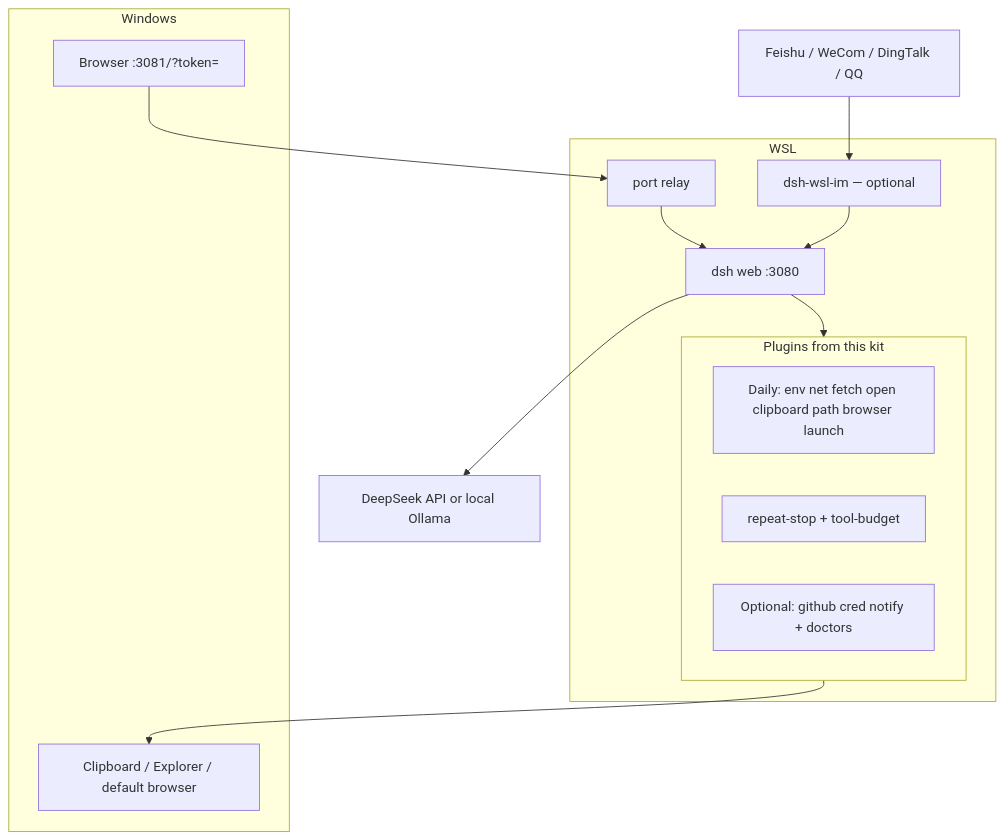
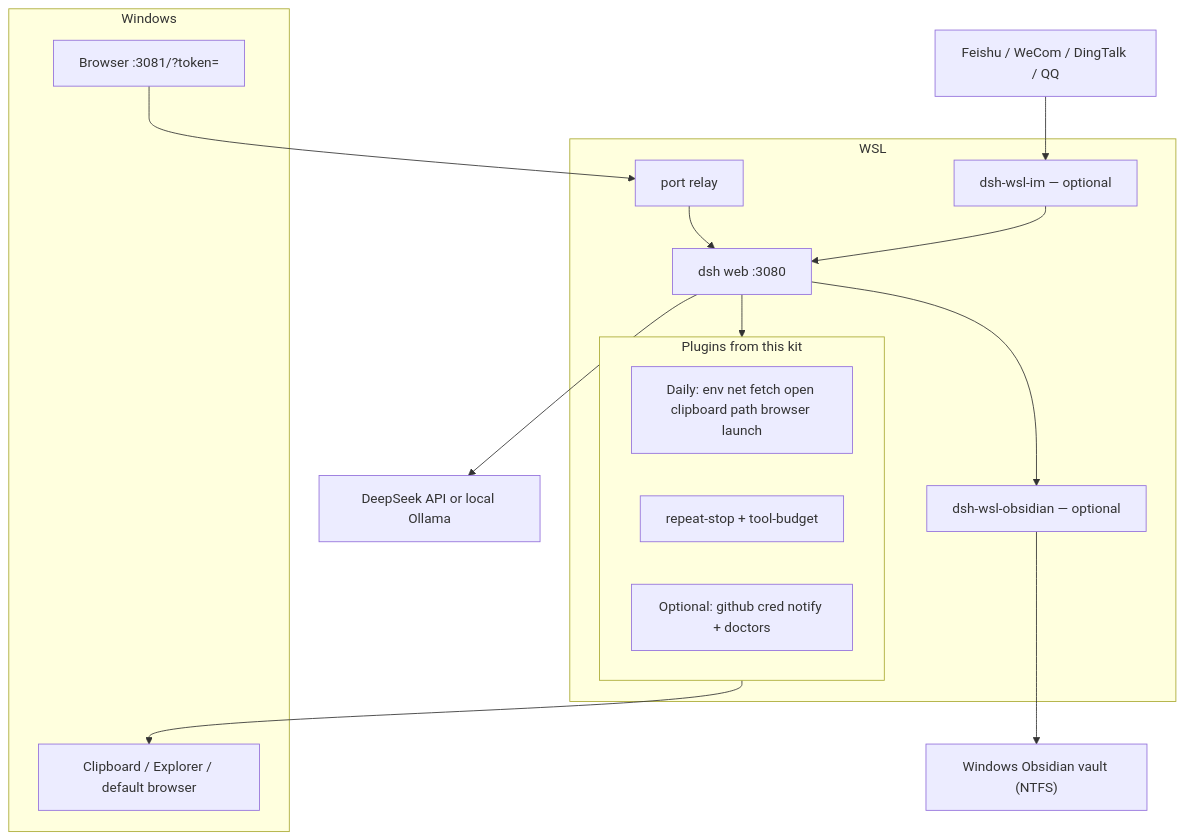
The diagram in README.md (173787247/dsh-wsl-kit), drawn with Mermaid before and after one commit. The commit also changed other lines of this file and 1 other file, not shown here.

First line of the commit message:
docs: list optional dsh-wsl-obsidian 0.1.0 in the kit.

````diff
--- a/README.md
+++ b/README.md
@@ -15,25 +15,29 @@
 ```mermaid
 flowchart TB
   subgraph win [Windows]
     browser["Browser :3081/?token="]
     host["Clipboard / Explorer / default browser"]
   end
   subgraph wslbox [WSL]
     relay["port relay"]
     dsh["dsh web :3080"]
     subgraph plugins [Plugins from this kit]
       daily["Daily: env net fetch open clipboard path browser launch"]
       guards["repeat-stop + tool-budget"]
       more["Optional: github cred notify + doctors"]
     end
     im["dsh-wsl-im — optional"]
+    obsidian["dsh-wsl-obsidian — optional"]
   end
   llm["DeepSeek API or local Ollama"]
   chats["Feishu / WeCom / DingTalk / QQ"]
+  vault["Windows Obsidian vault (NTFS)"]
 
   browser --> relay --> dsh
   dsh --> plugins
   dsh --> llm
   plugins --> host
   chats --> im --> dsh
+  obsidian --> vault
+  dsh --> obsidian
 ```
````
